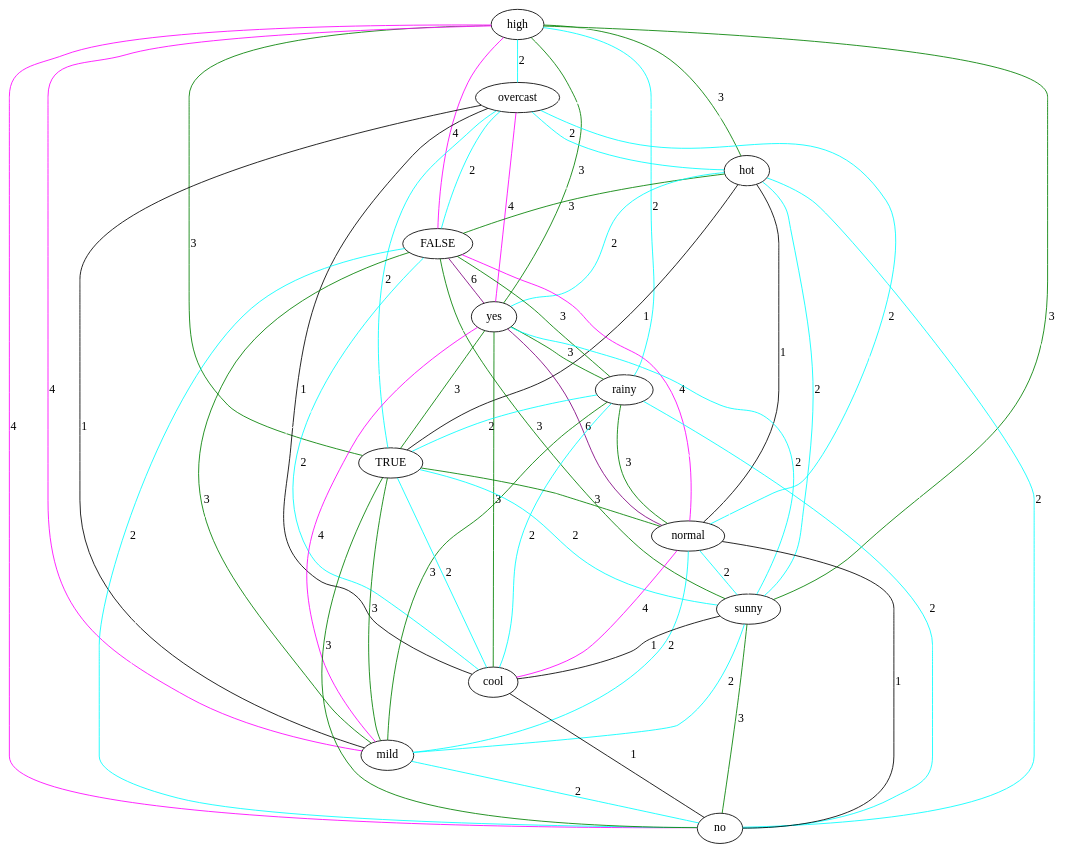
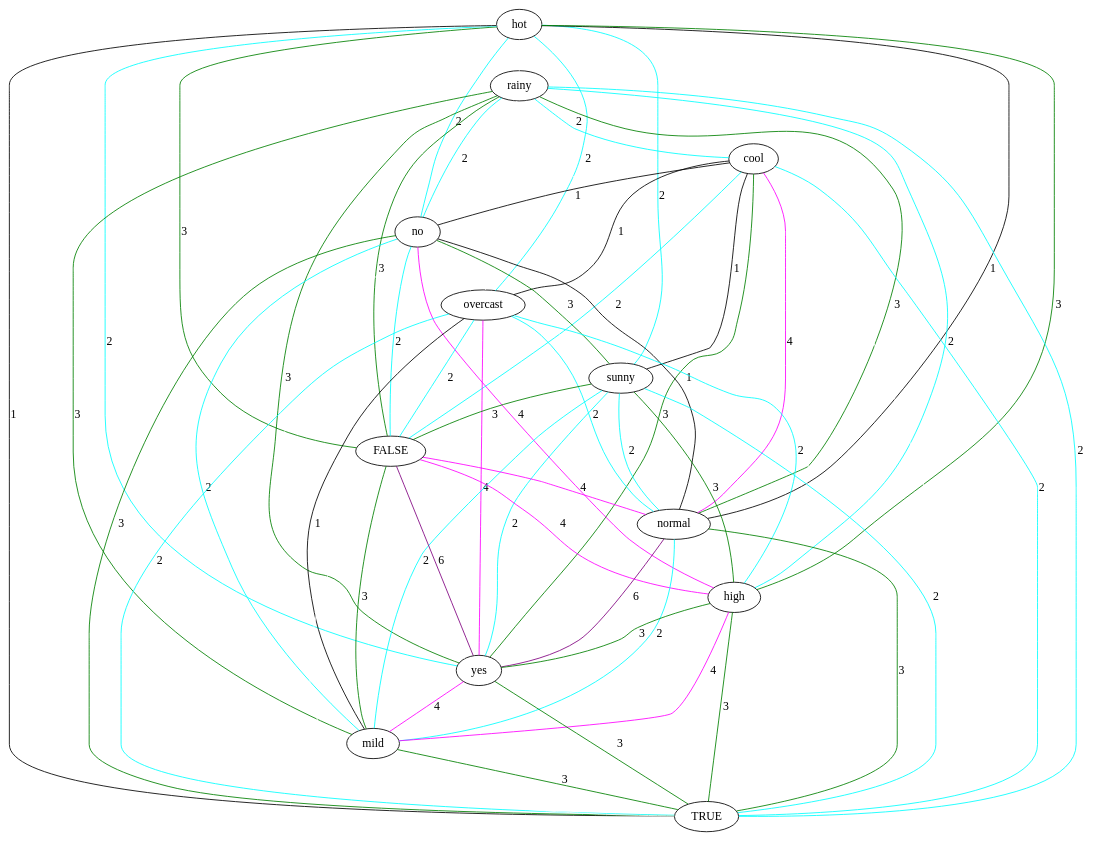
The diagram in src/SQL/gaifman.dot (lrodrin/TFG), drawn with Graphviz before and after one commit. The commit also changed 3 other files, not shown here.

```diff
--- a/src/SQL/gaifman.dot
+++ b/src/SQL/gaifman.dot
@@ -1,80 +1,80 @@
 strict graph "" {
+hot;
+rainy;
+cool;
+no;
+overcast;
+sunny;
+FALSE;
+normal;
 high;
-overcast;
-hot;
-FALSE;
 yes;
-rainy;
+mild;
 TRUE;
-normal;
-sunny;
-cool;
-mild;
-no;
+hot -- no  [color=cyan, label=2];
+hot -- normal  [color=black, label=1];
+hot -- rainy  [color=white];
+hot -- cool  [color=white];
+hot -- high  [color=green, label=3];
+hot -- yes  [color=cyan, label=2];
+hot -- overcast  [color=cyan, label=2];
+hot -- mild  [color=white];
+hot -- TRUE  [color=black, label=1];
+hot -- sunny  [color=cyan, label=2];
+hot -- FALSE  [color=green, label=3];
+rainy -- normal  [color=green, label=3];
+rainy -- cool  [color=cyan, label=2];
+rainy -- no  [color=cyan, label=2];
+rainy -- yes  [color=green, label=3];
+rainy -- overcast  [color=white];
+rainy -- high  [color=cyan, label=2];
+rainy -- mild  [color=green, label=3];
+rainy -- TRUE  [color=cyan, label=2];
+rainy -- sunny  [color=white];
+rainy -- FALSE  [color=green, label=3];
+cool -- normal  [color=magenta, label=4];
+cool -- no  [color=black, label=1];
+cool -- yes  [color=green, label=3];
+cool -- overcast  [color=black, label=1];
+cool -- high  [color=white];
+cool -- mild  [color=white];
+cool -- TRUE  [color=cyan, label=2];
+cool -- sunny  [color=black, label=1];
+cool -- FALSE  [color=cyan, label=2];
+no -- normal  [color=black, label=1];
+no -- high  [color=magenta, label=4];
+no -- yes  [color=white];
+no -- overcast  [color=white];
+no -- mild  [color=cyan, label=2];
+no -- TRUE  [color=green, label=3];
+no -- sunny  [color=green, label=3];
+no -- FALSE  [color=cyan, label=2];
+overcast -- normal  [color=cyan, label=2];
+overcast -- yes  [color=magenta, label=4];
+overcast -- high  [color=cyan, label=2];
+overcast -- mild  [color=black, label=1];
+overcast -- TRUE  [color=cyan, label=2];
+overcast -- sunny  [color=white];
+overcast -- FALSE  [color=cyan, label=2];
+sunny -- normal  [color=cyan, label=2];
+sunny -- yes  [color=cyan, label=2];
+sunny -- high  [color=green, label=3];
+sunny -- mild  [color=cyan, label=2];
+sunny -- FALSE  [color=green, label=3];
+sunny -- TRUE  [color=cyan, label=2];
+FALSE -- normal  [color=magenta, label=4];
+FALSE -- yes  [color=purple, label=6];
+FALSE -- high  [color=magenta, label=4];
+FALSE -- mild  [color=green, label=3];
+FALSE -- TRUE  [color=white];
+normal -- yes  [color=purple, label=6];
+normal -- high  [color=white];
+normal -- mild  [color=cyan, label=2];
+normal -- TRUE  [color=green, label=3];
+high -- yes  [color=green, label=3];
 high -- mild  [color=magenta, label=4];
-high -- no  [color=magenta, label=4];
 high -- TRUE  [color=green, label=3];
-high -- overcast  [color=cyan, label=2];
-high -- hot  [color=green, label=3];
-high -- normal  [color=white];
-high -- cool  [color=white];
-high -- FALSE  [color=magenta, label=4];
-high -- sunny  [color=green, label=3];
-high -- yes  [color=green, label=3];
-high -- rainy  [color=cyan, label=2];
-overcast -- mild  [color=black, label=1];
-overcast -- no  [color=white];
-overcast -- TRUE  [color=cyan, label=2];
-overcast -- rainy  [color=white];
-overcast -- hot  [color=cyan, label=2];
-overcast -- cool  [color=black, label=1];
-overcast -- FALSE  [color=cyan, label=2];
-overcast -- sunny  [color=white];
-overcast -- yes  [color=magenta, label=4];
-overcast -- normal  [color=cyan, label=2];
-hot -- mild  [color=white];
-hot -- no  [color=cyan, label=2];
-hot -- TRUE  [color=black, label=1];
-hot -- normal  [color=black, label=1];
-hot -- cool  [color=white];
-hot -- FALSE  [color=green, label=3];
-hot -- sunny  [color=cyan, label=2];
-hot -- yes  [color=cyan, label=2];
-hot -- rainy  [color=white];
-FALSE -- mild  [color=green, label=3];
-FALSE -- no  [color=cyan, label=2];
-FALSE -- TRUE  [color=white];
-FALSE -- normal  [color=magenta, label=4];
-FALSE -- cool  [color=cyan, label=2];
-FALSE -- sunny  [color=green, label=3];
-FALSE -- yes  [color=purple, label=6];
-FALSE -- rainy  [color=green, label=3];
-yes -- no  [color=white];
 yes -- TRUE  [color=green, label=3];
-yes -- normal  [color=purple, label=6];
-yes -- cool  [color=green, label=3];
-yes -- sunny  [color=cyan, label=2];
 yes -- mild  [color=magenta, label=4];
-yes -- rainy  [color=green, label=3];
-rainy -- mild  [color=green, label=3];
-rainy -- no  [color=cyan, label=2];
-rainy -- TRUE  [color=cyan, label=2];
-rainy -- cool  [color=cyan, label=2];
-rainy -- sunny  [color=white];
-rainy -- normal  [color=green, label=3];
-TRUE -- mild  [color=green, label=3];
-TRUE -- no  [color=green, label=3];
-TRUE -- normal  [color=green, label=3];
-TRUE -- cool  [color=cyan, label=2];
-TRUE -- sunny  [color=cyan, label=2];
-normal -- mild  [color=cyan, label=2];
-normal -- no  [color=black, label=1];
-normal -- cool  [color=magenta, label=4];
-normal -- sunny  [color=cyan, label=2];
-sunny -- mild  [color=cyan, label=2];
-sunny -- no  [color=green, label=3];
-sunny -- cool  [color=black, label=1];
-cool -- mild  [color=white];
-cool -- no  [color=black, label=1];
-mild -- no  [color=cyan, label=2];
+mild -- TRUE  [color=green, label=3];
 }
```
